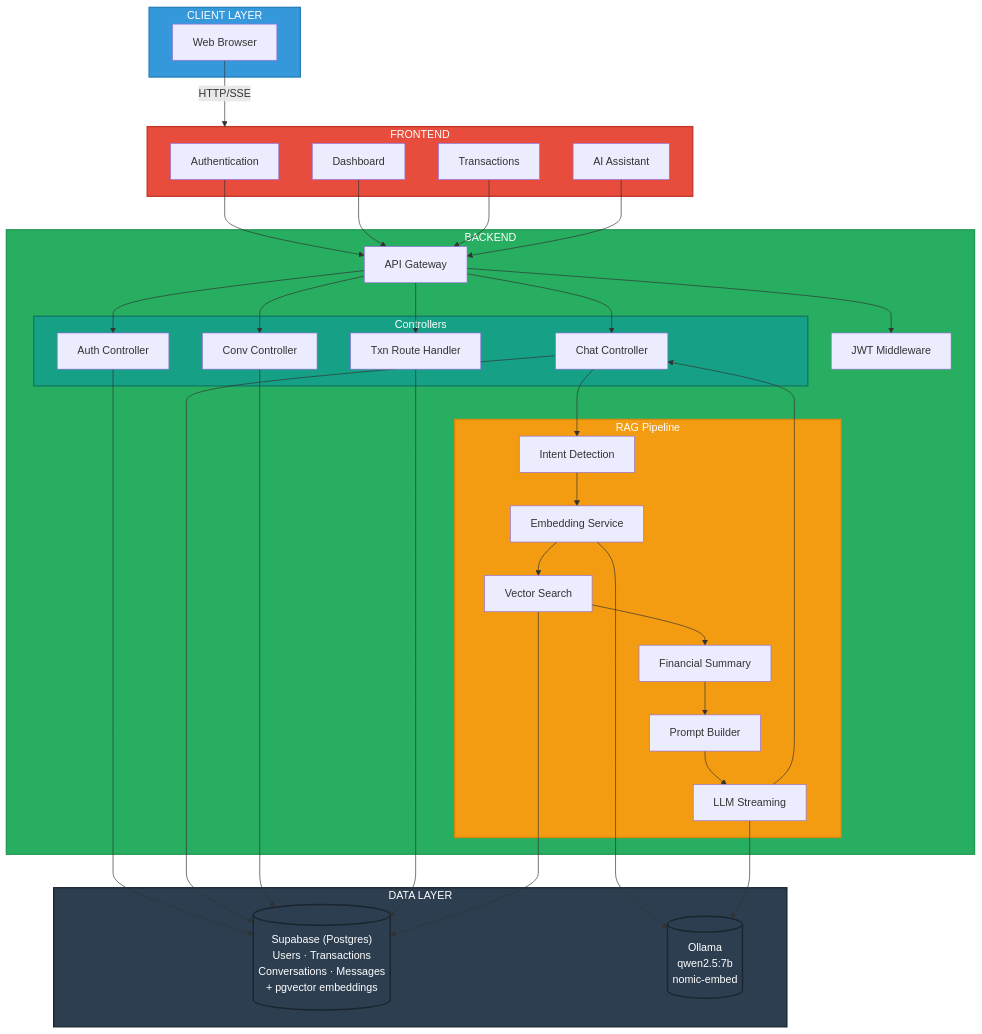
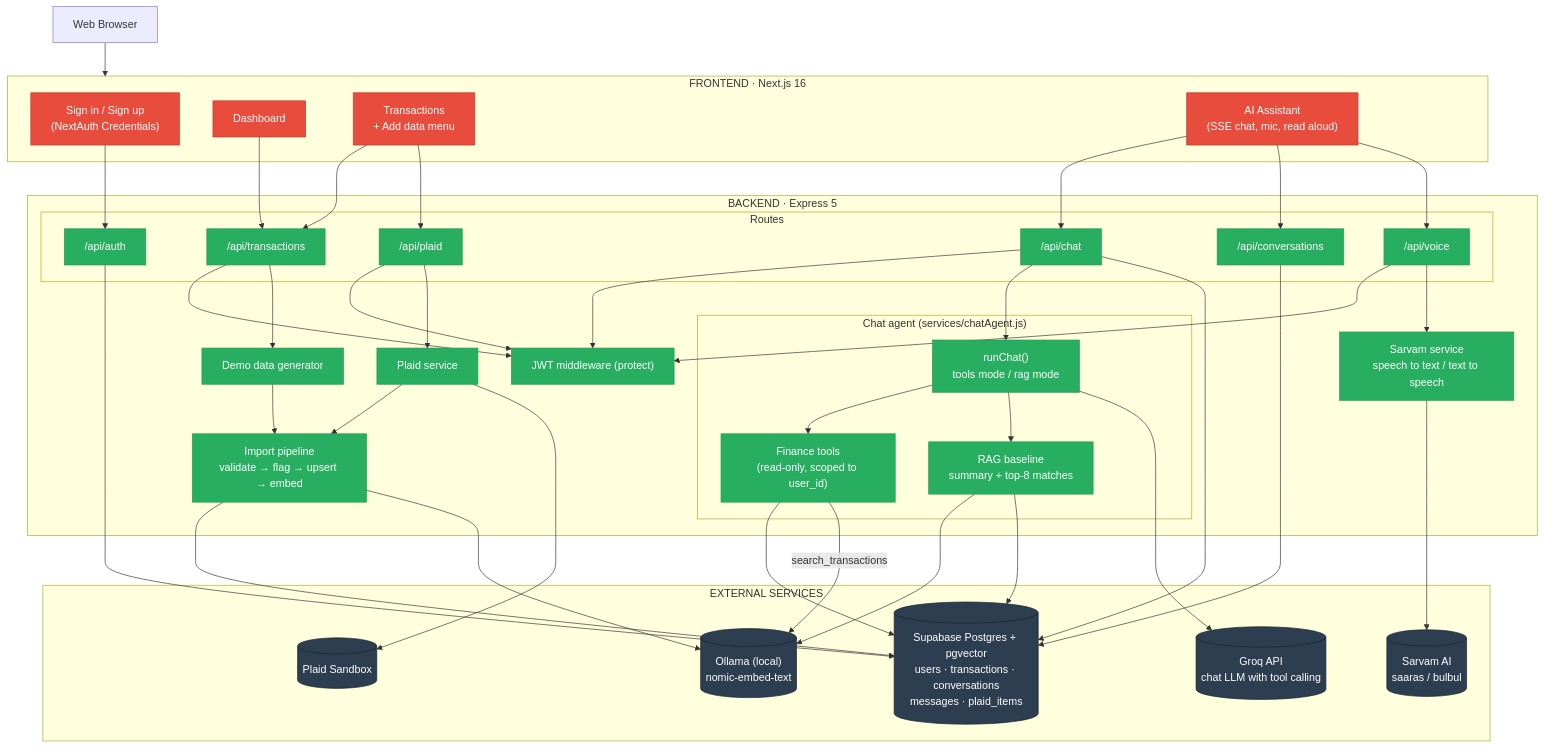
Before and after one commit to abimanyu2515/rag-finance-assistant: the first of 4 diagrams in README.md, drawn with Mermaid. The commit also changed other lines of this file and 19 other files, not shown here.

````diff
--- a/README.md
+++ b/README.md
@@ -17,86 +17,84 @@
 ```mermaid
 graph TB
-    subgraph Client["CLIENT LAYER"]
-        Browser["Web Browser"]
+    Browser["Web Browser"]
+
+    subgraph Frontend["FRONTEND · Next.js 16"]
+        AuthUI["Sign in / Sign up<br/>(NextAuth Credentials)"]
+        Dashboard["Dashboard"]
+        TxnPage["Transactions<br/>+ Add data menu"]
+        Assistant["AI Assistant<br/>(SSE chat, mic, read aloud)"]
     end
 
-    subgraph Frontend["FRONTEND<br/>"]
+    subgraph Backend["BACKEND · Express 5"]
+        JWT["JWT middleware (protect)"]
 
-        Auth["Authentication"]
-        Dashboard["Dashboard"]
-        Transactions["Transactions"]
-        Assistant["AI Assistant"]
+        subgraph Routes["Routes"]
+            AuthR["/api/auth"]
+            ChatR["/api/chat"]
+            ConvR["/api/conversations"]
+            TxnR["/api/transactions"]
+            PlaidR["/api/plaid"]
+            VoiceR["/api/voice"]
+        end
+
+        subgraph Chat["Chat agent (services/chatAgent.js)"]
+            Agent["runChat()<br/>tools mode / rag mode"]
+            Tools["Finance tools<br/>(read-only, scoped to user_id)"]
+            RagCtx["RAG baseline<br/>summary + top-8 matches"]
+        end
+
+        Import["Import pipeline<br/>validate → flag → upsert → embed"]
+        Demo["Demo data generator"]
+        PlaidSvc["Plaid service"]
+        Sarvam["Sarvam service<br/>speech to text / text to speech"]
     end
 
-    subgraph Backend["BACKEND<br/>"]
-        APIGateway["API Gateway"]
-        
-        subgraph Controllers["Controllers"]
-            AuthCtrl["Auth Controller"]
-            ChatCtrl["Chat Controller"]
-            ConvCtrl["Conv Controller"]
-            TxnRoute["Txn Route Handler"]
-        end
-
-        subgraph RAG["RAG Pipeline"]
-            IntentDetect["Intent Detection"]
-            Embedding["Embedding Service"]
-            VectorSearch["Vector Search"]
-            Summary["Financial Summary"]
-            Prompt["Prompt Builder"]
-            LLMStream["LLM Streaming"]
-        end
-
-        Middleware["JWT Middleware"]
+    subgraph External["EXTERNAL SERVICES"]
+        Supabase[("Supabase Postgres + pgvector<br/>users · transactions · conversations<br/>messages · plaid_items")]
+        Ollama[("Ollama (local)<br/>nomic-embed-text")]
+        Groq[("Groq API<br/>chat LLM with tool calling")]
+        PlaidAPI[("Plaid Sandbox")]
+        SarvamAPI[("Sarvam AI<br/>saaras / bulbul")]
     end
 
-    subgraph Databases["DATA LAYER"]
-        Supabase[("Supabase (Postgres)<br/>Users · Transactions<br/>Conversations · Messages<br/>+ pgvector embeddings")]
-        Ollama[("Ollama<br/>qwen2.5:7b<br/>nomic-embed")]
-    end
+    Browser --> Frontend
+    AuthUI --> AuthR
+    Dashboard --> TxnR
+    TxnPage --> TxnR
+    TxnPage --> PlaidR
+    Assistant --> ChatR
+    Assistant --> ConvR
+    Assistant --> VoiceR
 
-    Browser -->|HTTP/SSE| Frontend
-    
-    Auth --> APIGateway
-    Dashboard --> APIGateway
-    Transactions --> APIGateway
-    Assistant --> APIGateway
+    ChatR --> JWT
+    TxnR --> JWT
+    PlaidR --> JWT
+    VoiceR --> JWT
 
-    APIGateway --> Middleware
-    APIGateway --> AuthCtrl
-    APIGateway --> ChatCtrl
-    APIGateway --> ConvCtrl
-    APIGateway --> TxnRoute
+    ChatR --> Agent
+    Agent --> Tools
+    Agent --> RagCtx
+    Agent --> Groq
+    Tools --> Supabase
+    Tools -->|search_transactions| Ollama
+    RagCtx --> Ollama
+    RagCtx --> Supabase
 
-    ChatCtrl --> IntentDetect
-    IntentDetect --> Embedding
-    Embedding --> VectorSearch
-    VectorSearch --> Summary
-    Summary --> Prompt
-    Prompt --> LLMStream
-    LLMStream --> ChatCtrl
+    TxnR --> Demo --> Import
+    PlaidR --> PlaidSvc --> Import
+    PlaidSvc --> PlaidAPI
+    Import --> Supabase
+    Import --> Ollama
 
-    AuthCtrl --> Supabase
-    ChatCtrl --> Supabase
-    ConvCtrl --> Supabase
-    TxnRoute --> Supabase
+    VoiceR --> Sarvam --> SarvamAPI
+    AuthR --> Supabase
+    ConvR --> Supabase
+    ChatR --> Supabase
 
-    Embedding --> Ollama
-    LLMStream --> Ollama
-    VectorSearch --> Supabase
-
-    classDef client fill:#3498db,stroke:#2980b9,color:#fff,stroke-width:2px
-    classDef frontend fill:#e74c3c,stroke:#c0392b,color:#fff,stroke-width:2px
-    classDef backend fill:#27ae60,stroke:#229954,color:#fff,stroke-width:2px
-    classDef controllers fill:#16a085,stroke:#117a65,color:#fff,stroke-width:2px
-    classDef rag fill:#f39c12,stroke:#d68910,color:#fff,stroke-width:2px
-    classDef db fill:#2c3e50,stroke:#1a252f,color:#fff,stroke-width:2px
-
-    class Client client
-    class Frontend frontend
-    class Backend backend
-    class Controllers controllers
-    class RAG rag
-    class Databases db
-    class Supabase,Ollama db
+    classDef fe fill:#e74c3c,stroke:#c0392b,color:#fff
+    classDef be fill:#27ae60,stroke:#229954,color:#fff
+    classDef ext fill:#2c3e50,stroke:#1a252f,color:#fff
+    class AuthUI,Dashboard,TxnPage,Assistant fe
+    class JWT,AuthR,ChatR,ConvR,TxnR,PlaidR,VoiceR,Agent,Tools,RagCtx,Import,Demo,PlaidSvc,Sarvam be
+    class Supabase,Ollama,Groq,PlaidAPI,SarvamAPI ext
 ```
````
